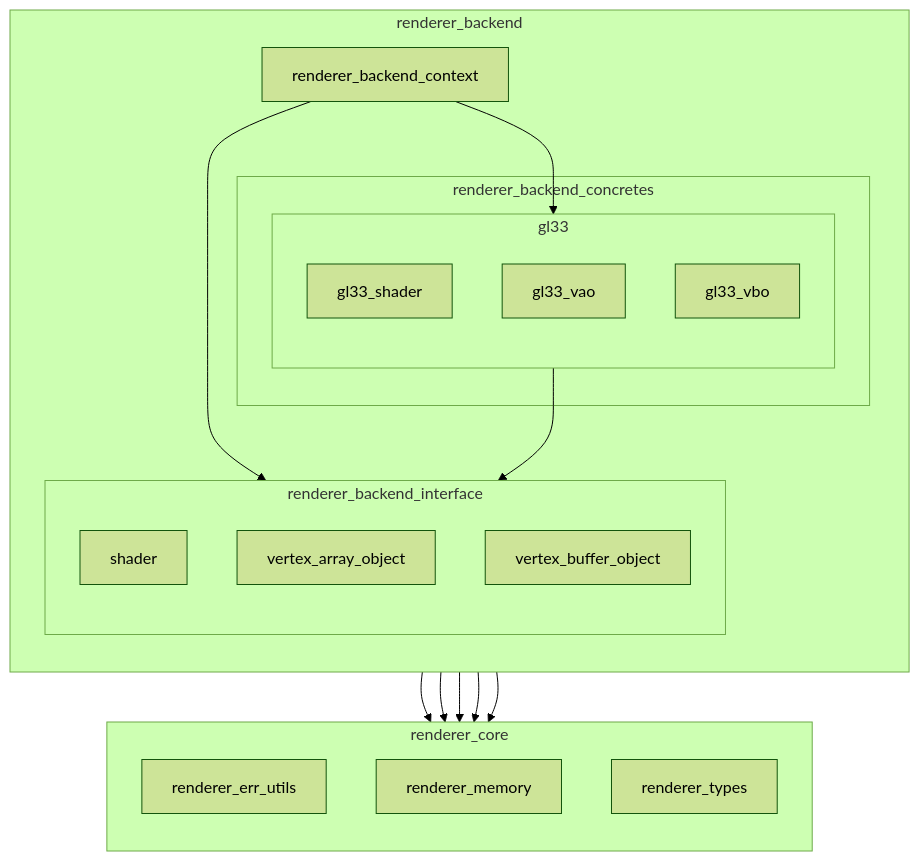
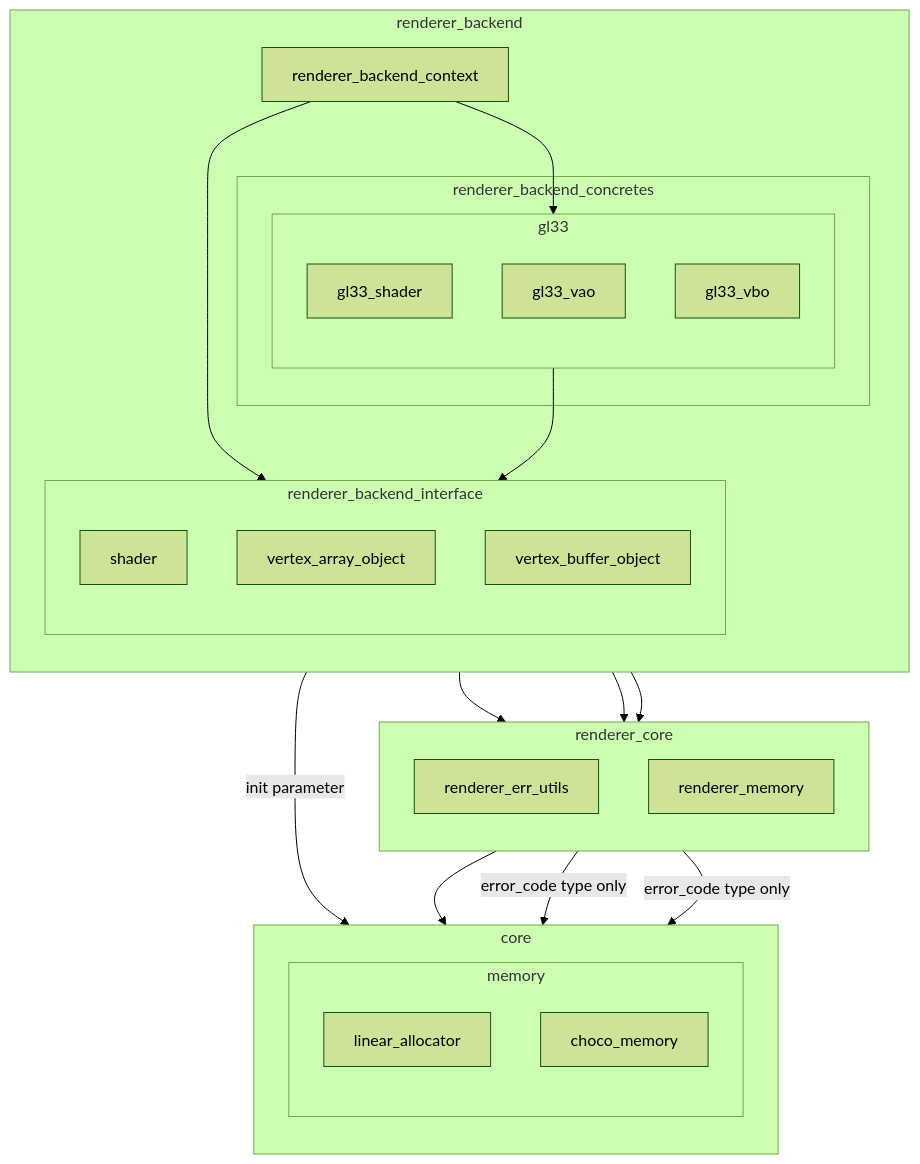
One commit to chocolate-pie24/gl_choco_engine changed the third of 3 diagrams in docs/layer.md. Above: the diagram before and after it, drawn with Mermaid (forest theme). The commit also changed other lines of this file, not shown here.

````diff
--- a/docs/layer.md
+++ b/docs/layer.md
@@ -129,41 +137,52 @@
 ```mermaid
 graph TD
+  subgraph CORE[core]
+    direction TB
+    subgraph MEMORY[memory]
+      direction TB
+      LINEAR_ALLOCATOR[linear_allocator]
+      CHOCO_MEMORY[choco_memory]
+    end
+  end
   subgraph RENDERER_CORE[renderer_core]
     direction TB
     RENDERER_ERR_UTILS[renderer_err_utils]
     RENDERER_MEMORY[renderer_memory]
-    RENDERER_TYPES[renderer_types]
   end
 
   subgraph RENDERER_BACKEND[renderer_backend]
     direction TB
     RENDERER_BACKEND_CONTEXT[renderer_backend_context]
 
     subgraph RENDERER_BACKEND_INTERFACE[renderer_backend_interface]
       direction TB
       SHADER[shader]
       VERTEX_ARRAY_OBJECT[vertex_array_object]
       VERTEX_BUFFER_OBJECT[vertex_buffer_object]
     end
 
     subgraph RENDERER_BACKEND_CONCRETES[renderer_backend_concretes]
       subgraph GL33[gl33]
         direction TB
         GL33_SHADER[gl33_shader]
         GL33_VAO[gl33_vao]
         GL33_VBO[gl33_vbo]
       end
     end
   end
 
-  RENDERER_BACKEND_CONTEXT --> RENDERER_TYPES
   RENDERER_BACKEND_CONTEXT --> RENDERER_ERR_UTILS
   RENDERER_BACKEND_CONTEXT --> RENDERER_BACKEND_INTERFACE
   RENDERER_BACKEND_CONTEXT --> GL33
+  RENDERER_BACKEND_CONTEXT --> |init parameter| LINEAR_ALLOCATOR
 
   GL33 --> RENDERER_BACKEND_INTERFACE
   GL33 --> RENDERER_MEMORY
 
-  RENDERER_BACKEND_INTERFACE --> RENDERER_TYPES
   GL33 --> RENDERER_ERR_UTILS
+
+  RENDERER_MEMORY --> CHOCO_MEMORY
+
+  RENDERER_ERR_UTILS -->|error_code type only| CHOCO_MEMORY
+  RENDERER_ERR_UTILS -->|error_code type only| LINEAR_ALLOCATOR
 ```
````
